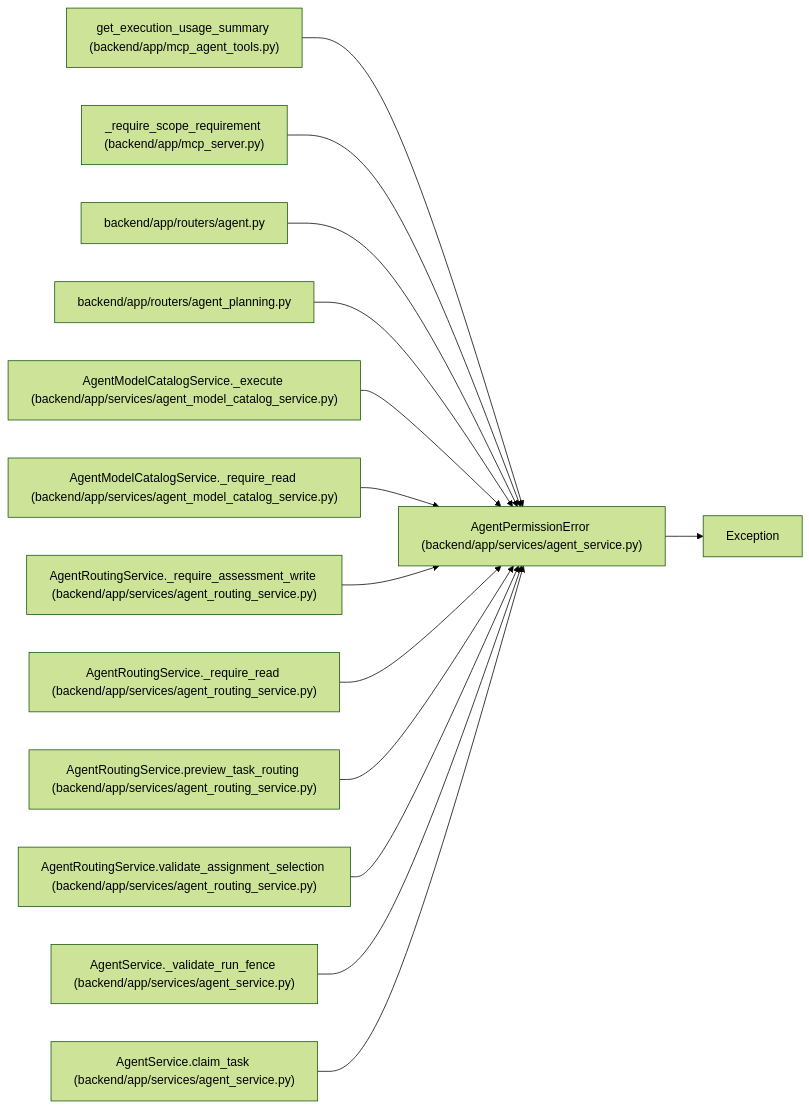
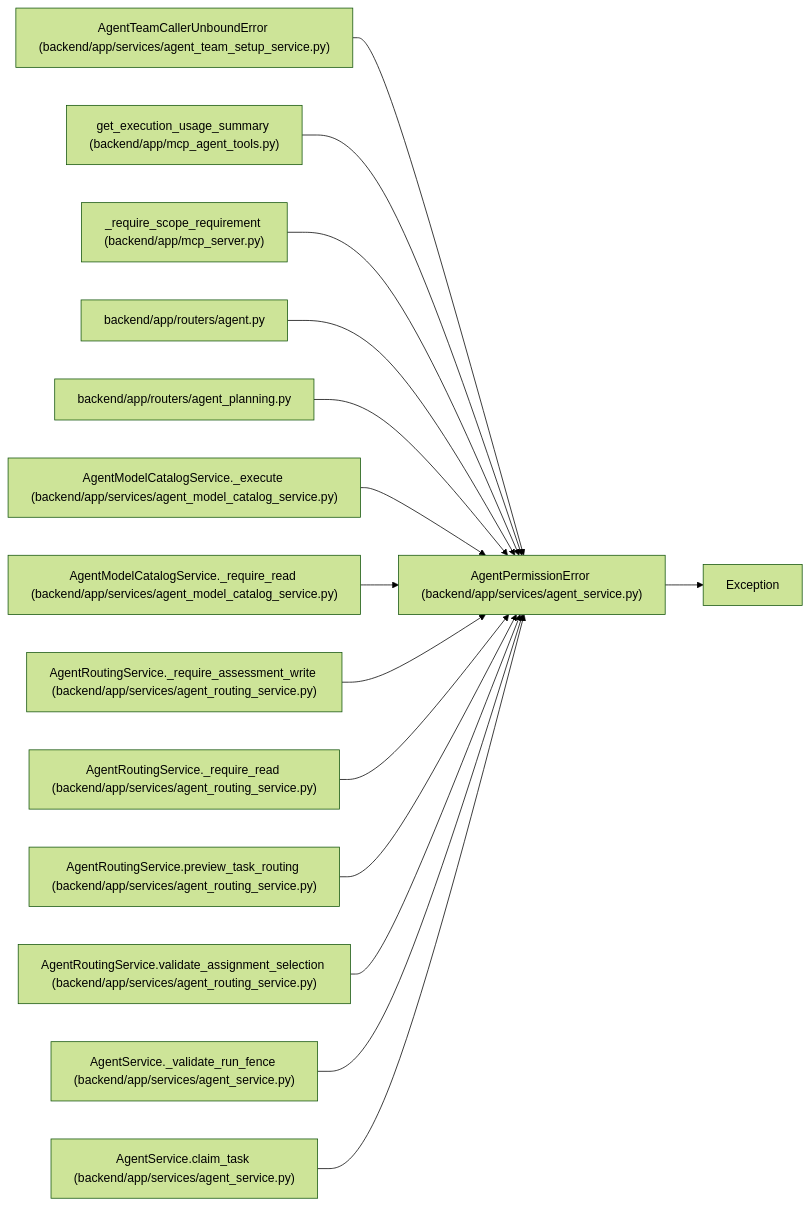
Before and after one commit to Denissvgn/WorkChord: the diagram in docs/llm_wiki/entities/AgentPermissionError.md, drawn with Mermaid (forest theme). The commit also changed other lines of this file and 1817 other files, not shown here.

First line of the commit message:
Refresh the architectural wiki for the 1.9.0 changes

````diff
--- a/docs/llm_wiki/entities/AgentPermissionError.md
+++ b/docs/llm_wiki/entities/AgentPermissionError.md
@@ -23,43 +23,46 @@
 ```mermaid
 flowchart LR
     n0["AgentPermissionError (backend/app/services/agent_service.py)"]
     n1["Exception"]
-    n2["get_execution_usage_summary (backend/app/mcp_agent_tools.py)"]
-    n3["_require_scope_requirement (backend/app/mcp_server.py)"]
-    n4["backend/app/routers/agent.py"]
-    n5["backend/app/routers/agent_planning.py"]
-    n6["AgentModelCatalogService._execute (backend/app/services/agent_model_catalog_service.py)"]
-    n7["AgentModelCatalogService._require_read (backend/app/services/agent_model_catalog_service.py)"]
-    n8["AgentRoutingService._require_assessment_write (backend/app/services/agent_routing_service.py)"]
-    n9["AgentRoutingService._require_read (backend/app/services/agent_routing_service.py)"]
-    n10["AgentRoutingService.preview_task_routing (backend/app/services/agent_routing_service.py)"]
-    n11["AgentRoutingService.validate_assignment_selection (backend/app/services/agent_routing_service.py)"]
-    n12["AgentService._validate_run_fence (backend/app/services/agent_service.py)"]
-    n13["AgentService.claim_task (backend/app/services/agent_service.py)"]
+    n2["AgentTeamCallerUnboundError (backend/app/services/agent_team_setup_service.py)"]
+    n3["get_execution_usage_summary (backend/app/mcp_agent_tools.py)"]
+    n4["_require_scope_requirement (backend/app/mcp_server.py)"]
+    n5["backend/app/routers/agent.py"]
+    n6["backend/app/routers/agent_planning.py"]
+    n7["AgentModelCatalogService._execute (backend/app/services/agent_model_catalog_service.py)"]
+    n8["AgentModelCatalogService._require_read (backend/app/services/agent_model_catalog_service.py)"]
+    n9["AgentRoutingService._require_assessment_write (backend/app/services/agent_routing_service.py)"]
+    n10["AgentRoutingService._require_read (backend/app/services/agent_routing_service.py)"]
+    n11["AgentRoutingService.preview_task_routing (backend/app/services/agent_routing_service.py)"]
+    n12["AgentRoutingService.validate_assignment_selection (backend/app/services/agent_routing_service.py)"]
+    n13["AgentService._validate_run_fence (backend/app/services/agent_service.py)"]
+    n14["AgentService.claim_task (backend/app/services/agent_service.py)"]
     n0 --> n1
     n2 --> n0
     n3 --> n0
     n4 --> n0
     n5 --> n0
     n6 --> n0
     n7 --> n0
     n8 --> n0
     n9 --> n0
     n10 --> n0
     n11 --> n0
     n12 --> n0
     n13 --> n0
+    n14 --> n0
     click n0 "../modules/agent_service.md"
-    click n2 "../modules/mcp_agent_tools.md"
-    click n3 "../modules/mcp_server.md"
-    click n4 "../modules/routers_agent.md"
-    click n5 "../modules/routers_agent_planning.md"
-    click n6 "../modules/agent_model_catalog_service.md"
+    click n2 "../modules/agent_team_setup_service.md"
+    click n3 "../modules/mcp_agent_tools.md"
+    click n4 "../modules/mcp_server.md"
+    click n5 "../modules/routers_agent.md"
+    click n6 "../modules/routers_agent_planning.md"
     click n7 "../modules/agent_model_catalog_service.md"
-    click n8 "../modules/agent_routing_service.md"
+    click n8 "../modules/agent_model_catalog_service.md"
     click n9 "../modules/agent_routing_service.md"
     click n10 "../modules/agent_routing_service.md"
     click n11 "../modules/agent_routing_service.md"
-    click n12 "../modules/agent_service.md"
+    click n12 "../modules/agent_routing_service.md"
     click n13 "../modules/agent_service.md"
+    click n14 "../modules/agent_service.md"
 ```
````
